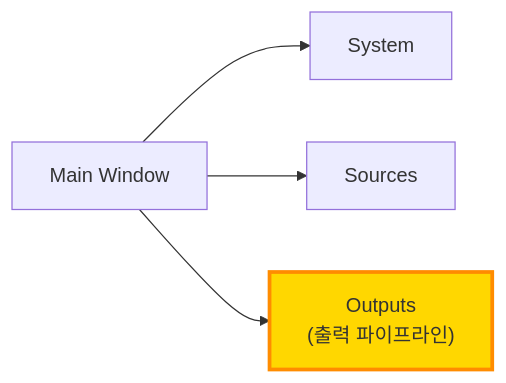
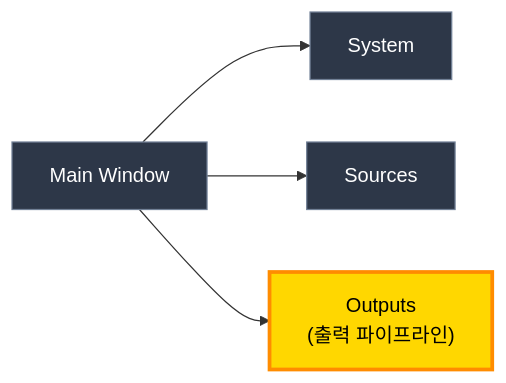
One commit to garimto81/ebs changed the sixth of 14 diagrams in docs/01_PokerGFX_Analysis/PRD-0004-EBS-Server-UI-Design.md. Above: the diagram before and after it, drawn with Mermaid. The commit also changed other lines of this file, not shown here.

First line of the commit message:
fix(prd-0004): Mermaid 다이어그램 색상 + 캡쳐 링크 수정

````diff
--- a/docs/01_PokerGFX_Analysis/PRD-0004-EBS-Server-UI-Design.md
+++ b/docs/01_PokerGFX_Analysis/PRD-0004-EBS-Server-UI-Design.md
@@ -468,11 +473,12 @@
 ```mermaid
 flowchart LR
+    classDef default fill:#2d3748,stroke:#718096,color:#ffffff
     MW["Main Window"]
     SYS["System"]
     SRC["Sources"]
     OUT["Outputs<br/>(출력 파이프라인)"]
-    style OUT fill:#FFD700,stroke:#FF8C00,stroke-width:3px
+    style OUT fill:#FFD700,stroke:#FF8C00,stroke-width:3px,color:#000000
     MW --> SYS
     MW --> SRC
     MW --> OUT
 ```
````
